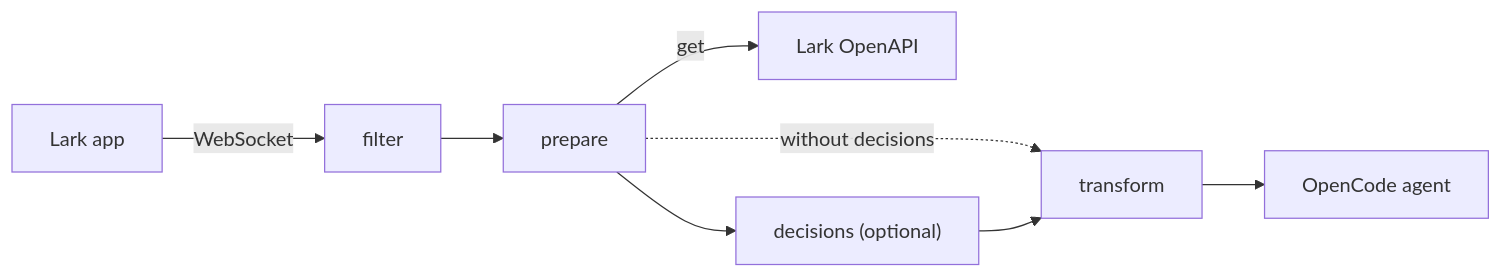
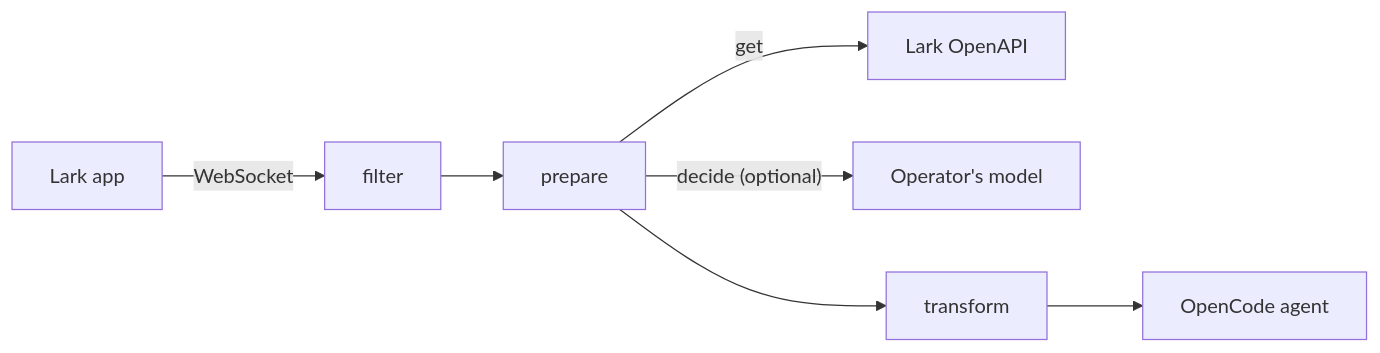
Before and after one commit to LuckUVeryX/oc-plugins: the diagram in packages/lark-events-mcp/README.md, drawn with Mermaid. The commit also changed other lines of this file and 8 other files, not shown here.

First line of the commit message:
Make decide a prepare tool instead of a pipeline stage

````diff
--- a/packages/lark-events-mcp/README.md
+++ b/packages/lark-events-mcp/README.md
@@ -5,10 +5,9 @@
 ```mermaid
 flowchart LR
     Lark[Lark app] -- WebSocket --> Filter[filter]
     Filter --> Prepare[prepare]
     Prepare -- "get" --> LarkAPI[Lark OpenAPI]
-    Prepare --> Decisions["decisions (optional)"]
-    Prepare -. without decisions .-> Transform
-    Decisions --> Transform[transform]
+    Prepare -- "decide (optional)" --> Model[Operator's model]
+    Prepare --> Transform[transform]
     Transform --> OpenCode[OpenCode agent]
 ```
````
